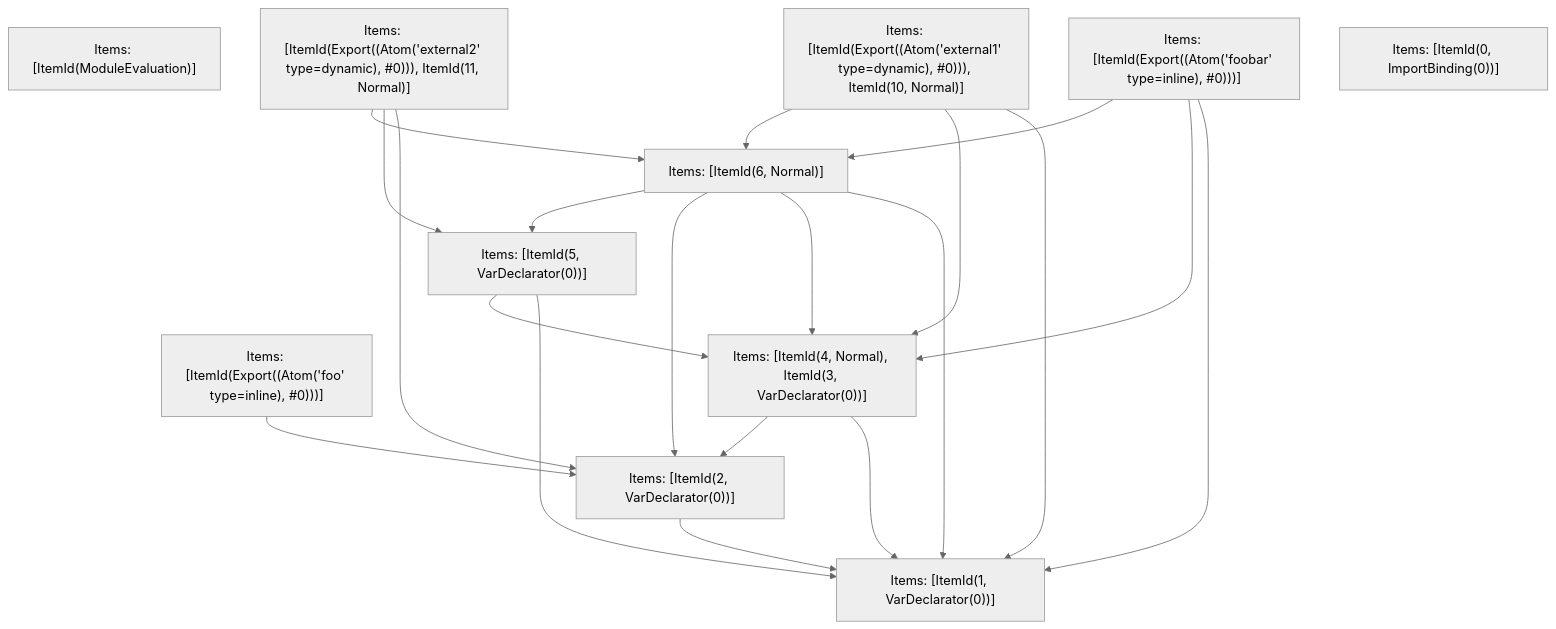
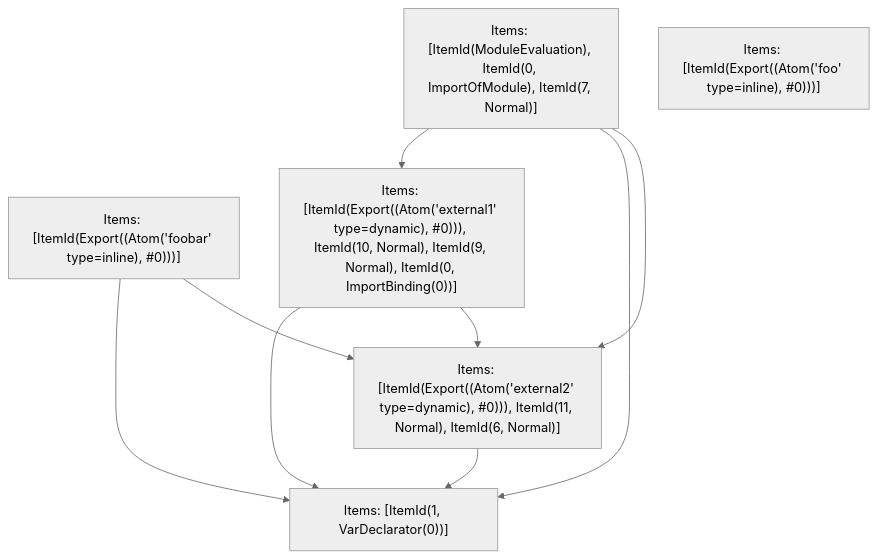
The fifth of 5 diagrams in crates/turbopack-ecmascript/tests/tree-shaker/analyzer/1/output.md (vercel/turborepo), drawn with Mermaid (neutral theme) before and after one commit. The commit also changed other lines of this file and 2 other files, not shown here.

Commit message:
Update test refs

````diff
--- a/crates/turbopack-ecmascript/tests/tree-shaker/analyzer/1/output.md
+++ b/crates/turbopack-ecmascript/tests/tree-shaker/analyzer/1/output.md
@@ -341,33 +341,17 @@
 ```mermaid
 graph TD
-    N0["Items: [ItemId(ModuleEvaluation)]"];
+    N0["Items: [ItemId(ModuleEvaluation), ItemId(0, ImportOfModule), ItemId(7, Normal)]"];
     N1["Items: [ItemId(Export((Atom('foobar' type=inline), #0)))]"];
     N2["Items: [ItemId(Export((Atom('foo' type=inline), #0)))]"];
-    N3["Items: [ItemId(Export((Atom('external1' type=dynamic), #0))), ItemId(10, Normal)]"];
-    N4["Items: [ItemId(Export((Atom('external2' type=dynamic), #0))), ItemId(11, Normal)]"];
-    N5["Items: [ItemId(0, ImportBinding(0))]"];
-    N6["Items: [ItemId(1, VarDeclarator(0))]"];
-    N7["Items: [ItemId(2, VarDeclarator(0))]"];
-    N8["Items: [ItemId(4, Normal), ItemId(3, VarDeclarator(0))]"];
-    N9["Items: [ItemId(5, VarDeclarator(0))]"];
-    N10["Items: [ItemId(6, Normal)]"];
-    N1 --> N6;
-    N1 --> N8;
-    N1 --> N10;
-    N2 --> N7;
-    N3 --> N6;
-    N3 --> N8;
-    N3 --> N10;
-    N4 --> N7;
-    N4 --> N9;
-    N4 --> N10;
-    N7 --> N6;
-    N8 --> N6;
-    N8 --> N7;
-    N9 --> N6;
-    N9 --> N8;
-    N10 --> N6;
-    N10 --> N8;
-    N10 --> N7;
-    N10 --> N9;
+    N3["Items: [ItemId(Export((Atom('external1' type=dynamic), #0))), ItemId(10, Normal), ItemId(9, Normal), ItemId(0, ImportBinding(0))]"];
+    N4["Items: [ItemId(Export((Atom('external2' type=dynamic), #0))), ItemId(11, Normal), ItemId(6, Normal)]"];
+    N5["Items: [ItemId(1, VarDeclarator(0))]"];
+    N0 --> N3;
+    N0 --> N5;
+    N0 --> N4;
+    N1 --> N5;
+    N1 --> N4;
+    N3 --> N5;
+    N3 --> N4;
+    N4 --> N5;
 ```
````
